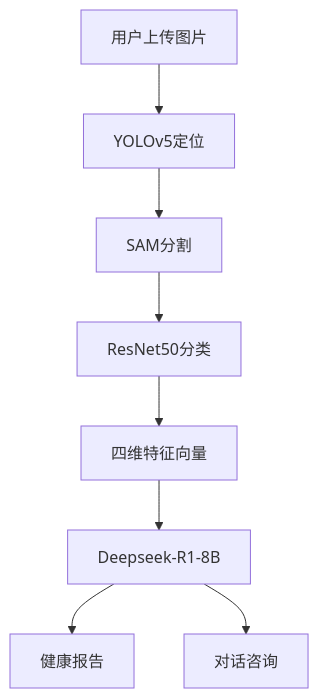
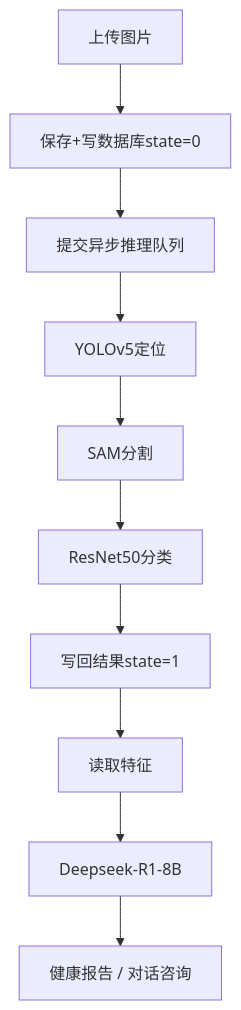
Before and after one commit to willgoonando/TongueAiDiagnosis: the diagram in Readme.md, drawn with Mermaid. The commit also changed other lines of this file and 3 other files, not shown here.

Commit message:
更新Readme：添加界面截图、修正流程图、清理废弃内容

````diff
--- a/Readme.md
+++ b/Readme.md
@@ -486,10 +454,12 @@
 ```mermaid
 graph TD
-    A[用户上传图片] --> B[YOLOv5定位]
-    B --> C[SAM分割]
-    C --> D[ResNet50分类]
-    D --> E[四维特征向量]
-    E --> F[Deepseek-R1-8B]
-    F --> G[健康报告]
-    F --> H[对话咨询]
+    A[上传图片] --> B[保存+写数据库state=0]
+    B --> C[提交异步推理队列]
+    C --> D[YOLOv5定位]
+    D --> E[SAM分割]
+    E --> F[ResNet50分类]
+    F --> G[写回结果state=1]
+    G --> H[读取特征]
+    H --> I[Deepseek-R1-8B]
+    I --> J[健康报告 / 对话咨询]
 ```
````
